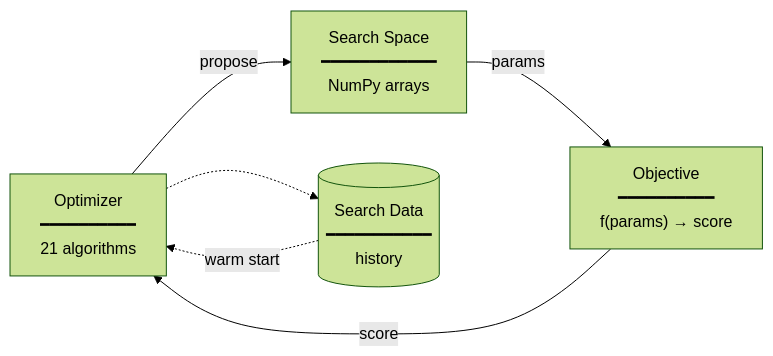
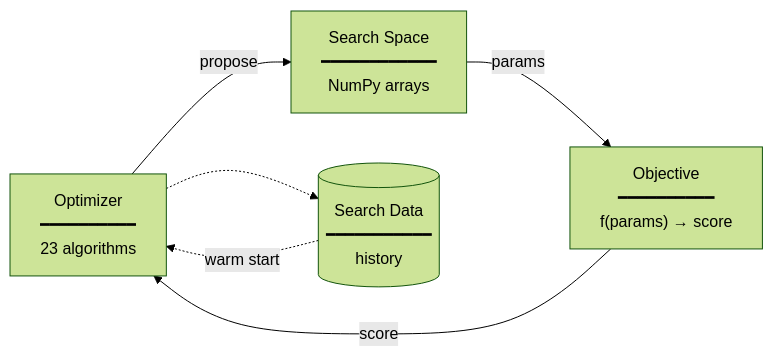
One commit to SimonBlanke/Gradient-Free-Optimizers changed the diagram in README.md. Above: the diagram before and after it, drawn with Mermaid (forest theme). The commit also changed other lines of this file, not shown here.

````diff
--- a/README.md
+++ b/README.md
@@ -161,25 +161,25 @@
 ```mermaid
 flowchart LR
     O["Optimizer
     ━━━━━━━━━━
-    21 algorithms"]
+    23 algorithms"]
 
     S["Search Space
     ━━━━━━━━━━━━
     NumPy arrays"]
 
     F["Objective
     ━━━━━━━━━━
     f(params) → score"]
 
     D[("Search Data
     ━━━━━━━━━━━
     history")]
 
     O -->|propose| S
     S -->|params| F
     F -->|score| O
 
     O -.-> D
     D -.->|warm start| O
 ```
````
